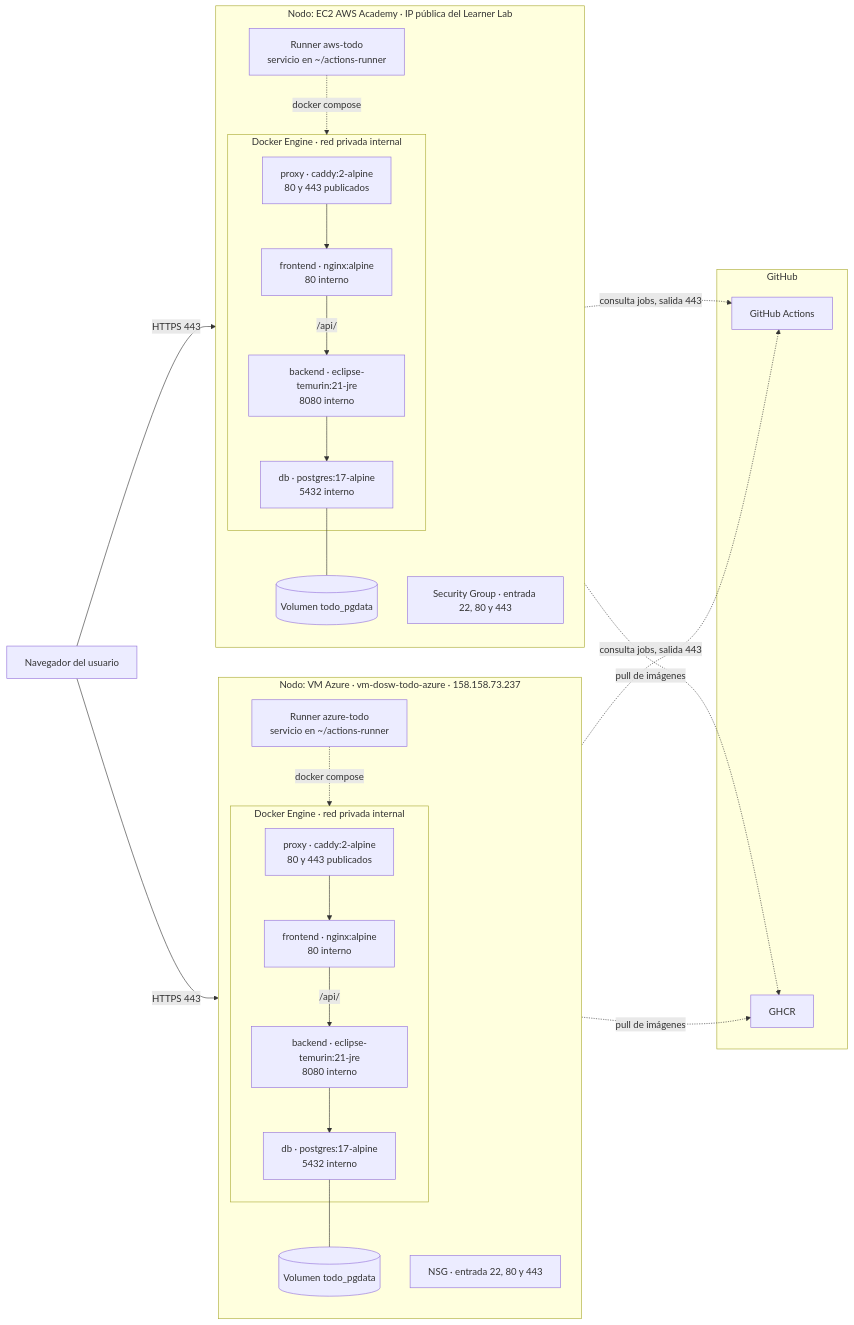
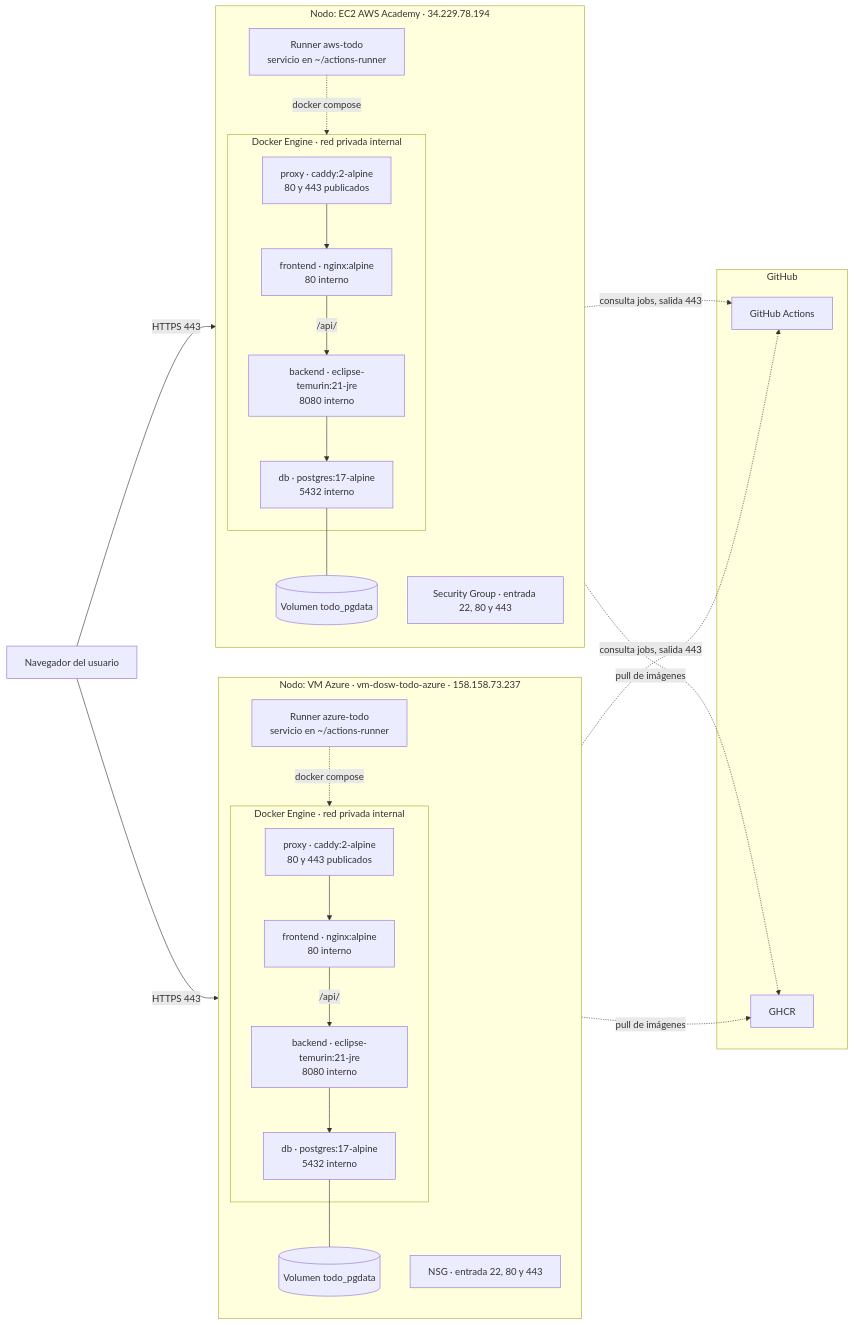
One commit to DOSW-2026-GAIA/DOSW_LAB7_Tovar_Solano_Rodriguez changed the tenth of 11 diagrams in README.md. Above: the diagram before and after it, drawn with Mermaid. The commit also changed other lines of this file and 4 other files, not shown here.

````diff
--- a/README.md
+++ b/README.md
@@ -731,53 +731,53 @@
 ```mermaid
 flowchart LR
     browser["Navegador del usuario"]
 
     subgraph github["GitHub"]
         actions["GitHub Actions"]
         ghcr["GHCR"]
     end
 
     subgraph vm["Nodo: VM Azure · vm-dosw-todo-azure · 158.158.73.237"]
         direction TB
         nsg["NSG · entrada 22, 80 y 443"]
         azr["Runner azure-todo<br/>servicio en ~/actions-runner"]
         subgraph azdocker["Docker Engine · red privada internal"]
             azp["proxy · caddy:2-alpine<br/>80 y 443 publicados"]
             azf["frontend · nginx:alpine<br/>80 interno"]
             azb["backend · eclipse-temurin:21-jre<br/>8080 interno"]
             azd["db · postgres:17-alpine<br/>5432 interno"]
         end
         azv[("Volumen todo_pgdata")]
     end
 
-    subgraph ec2["Nodo: EC2 AWS Academy · IP pública del Learner Lab"]
+    subgraph ec2["Nodo: EC2 AWS Academy · 34.229.78.194"]
         direction TB
         sg["Security Group · entrada 22, 80 y 443"]
         awr["Runner aws-todo<br/>servicio en ~/actions-runner"]
         subgraph awsdocker["Docker Engine · red privada internal"]
             awp["proxy · caddy:2-alpine<br/>80 y 443 publicados"]
             awf["frontend · nginx:alpine<br/>80 interno"]
             awb["backend · eclipse-temurin:21-jre<br/>8080 interno"]
             awd["db · postgres:17-alpine<br/>5432 interno"]
         end
         awv[("Volumen todo_pgdata")]
     end
 
     browser -->|"HTTPS 443"| azp
     browser -->|"HTTPS 443"| awp
     azp --> azf
     azf -->|"/api/"| azb
     azb --> azd
     azd --- azv
     awp --> awf
     awf -->|"/api/"| awb
     awb --> awd
     awd --- awv
 
     azr -.->|"consulta jobs, salida 443"| actions
     awr -.->|"consulta jobs, salida 443"| actions
     azr -.->|"pull de imágenes"| ghcr
     awr -.->|"pull de imágenes"| ghcr
     azr -.->|"docker compose"| azdocker
     awr -.->|"docker compose"| awsdocker
 ```
````
